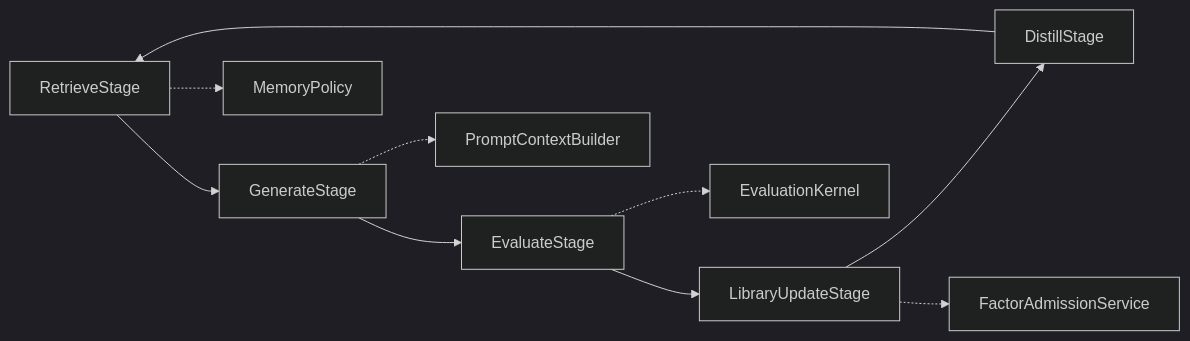
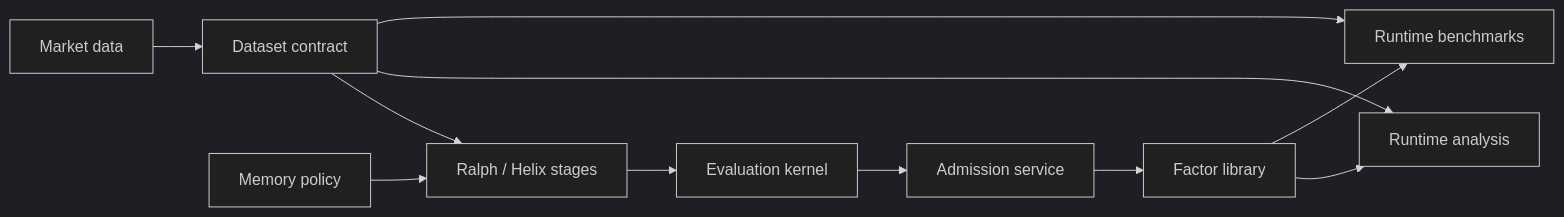
One commit to minihellboy/factorminer changed the diagram in README.md. Above: the diagram before and after it, drawn with Mermaid (dark theme). The commit also changed other lines of this file and 71 other files, not shown here.

````diff
--- a/README.md
+++ b/README.md
@@ -136,13 +140,13 @@
 ```mermaid
 flowchart LR
-    A["RetrieveStage"] --> B["GenerateStage"]
-    B --> C["EvaluateStage"]
-    C --> D["LibraryUpdateStage"]
-    D --> E["DistillStage"]
-    E --> A
-
-    A -.-> M["MemoryPolicy"]
-    C -.-> K["EvaluationKernel"]
-    D -.-> L["FactorAdmissionService"]
-    B -.-> P["PromptContextBuilder"]
+    D["Market data"] --> C["Dataset contract"]
+    C --> L["Ralph / Helix stages"]
+    M["Memory policy"] --> L
+    L --> E["Evaluation kernel"]
+    E --> A["Admission service"]
+    A --> F["Factor library"]
+    F --> R["Runtime analysis"]
+    F --> B["Runtime benchmarks"]
+    C --> R
+    C --> B
 ```
````
